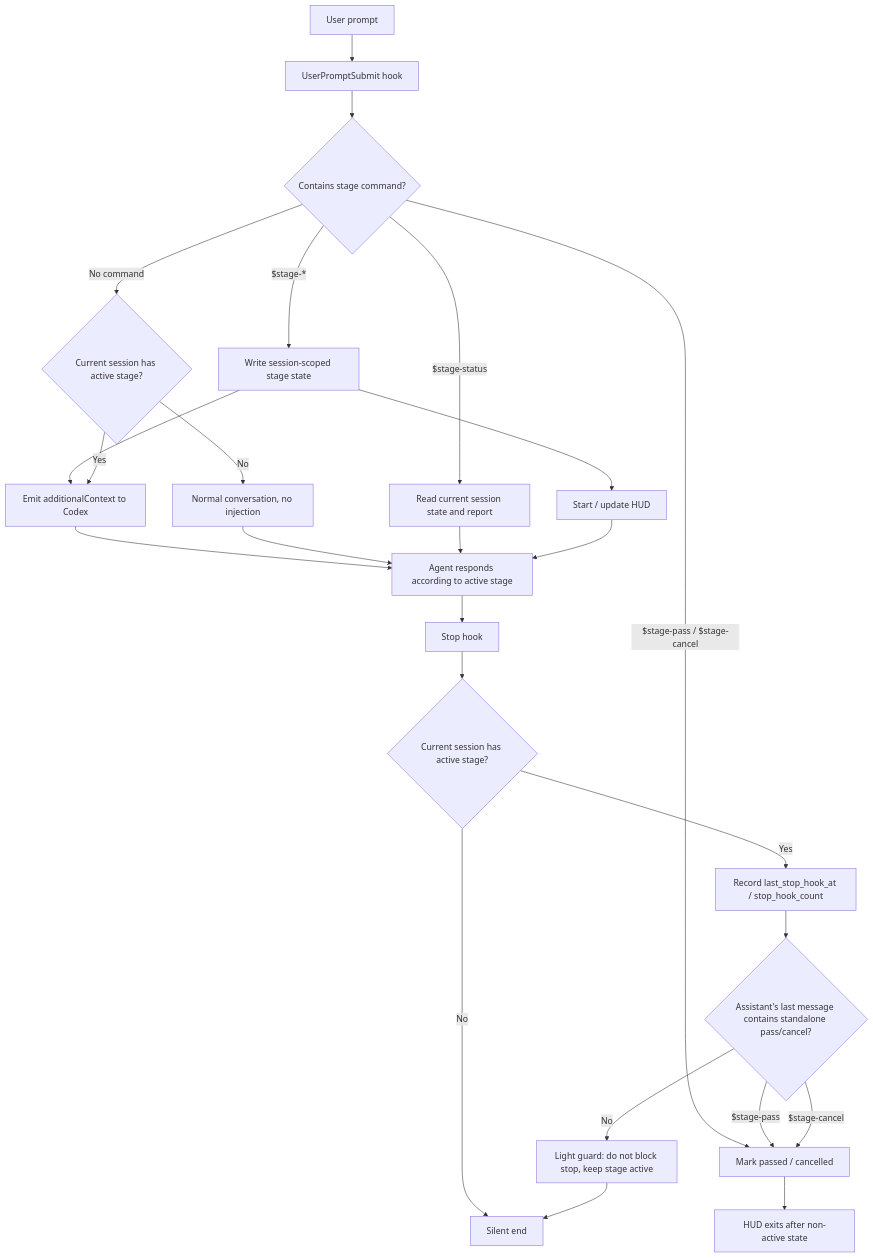
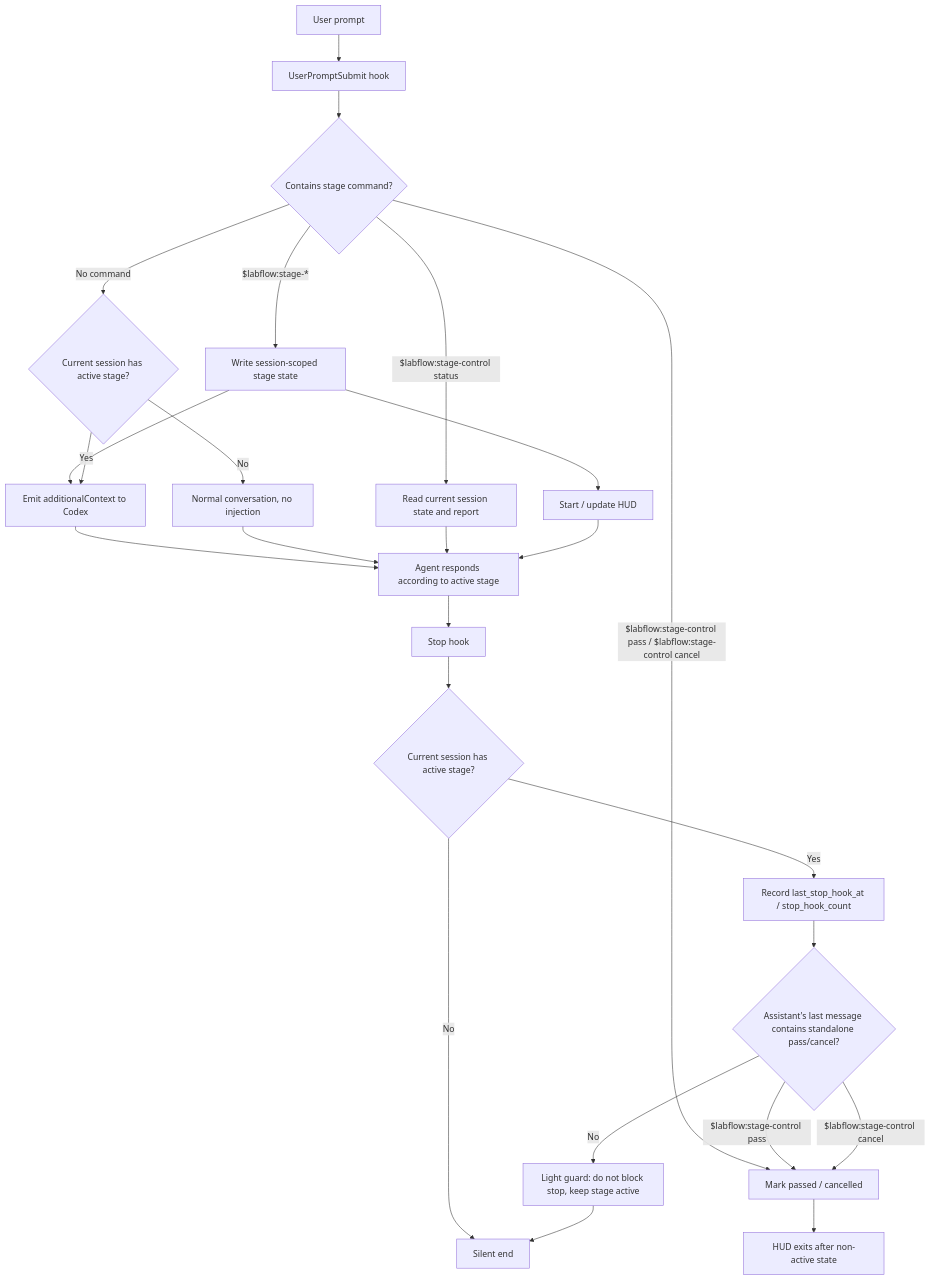
The diagram in plugins/labflow/prompts/stage-AGENTS.md (riemac/labflow), drawn with Mermaid before and after one commit. The commit also changed 11 other files, not shown here.

Commit message:
fix: require labflow-prefixed stage commands

````diff
--- a/plugins/labflow/prompts/stage-AGENTS.md
+++ b/plugins/labflow/prompts/stage-AGENTS.md
@@ -31,32 +31,32 @@
 ```mermaid
 flowchart TD
     U[User prompt] --> UPS[UserPromptSubmit hook]
 
     UPS --> HasCmd{Contains stage command?}
-    HasCmd -->|$stage-*| Enter[Write session-scoped stage state]
+    HasCmd -->|$labflow:stage-*| Enter[Write session-scoped stage state]
     Enter --> HUDStart[Start / update HUD]
     Enter --> Inject[Emit additionalContext to Codex]
 
-    HasCmd -->|$stage-status| Status[Read current session state and report]
-    HasCmd -->|$stage-pass / $stage-cancel| Finish[Mark passed / cancelled]
+    HasCmd -->|$labflow:stage-control status| Status[Read current session state and report]
+    HasCmd -->|$labflow:stage-control pass / $labflow:stage-control cancel| Finish[Mark passed / cancelled]
     Finish --> HUDStop[HUD exits after non-active state]
 
     HasCmd -->|No command| CheckActive{Current session has active stage?}
     CheckActive -->|Yes| Inject
     CheckActive -->|No| Normal[Normal conversation, no injection]
 
     Inject --> Agent[Agent responds according to active stage]
     Normal --> Agent
     Status --> Agent
     HUDStart --> Agent
 
     Agent --> StopHook[Stop hook]
     StopHook --> StopActive{Current session has active stage?}
     StopActive -->|No| Silent[Silent end]
     StopActive -->|Yes| Heartbeat[Record last_stop_hook_at / stop_hook_count]
     Heartbeat --> Guard{Assistant's last message contains standalone pass/cancel?}
-    Guard -->|$stage-pass| Finish
-    Guard -->|$stage-cancel| Finish
+    Guard -->|$labflow:stage-control pass| Finish
+    Guard -->|$labflow:stage-control cancel| Finish
     Guard -->|No| Reminder[Light guard: do not block stop, keep stage active]
     Reminder --> Silent
 ```
````
